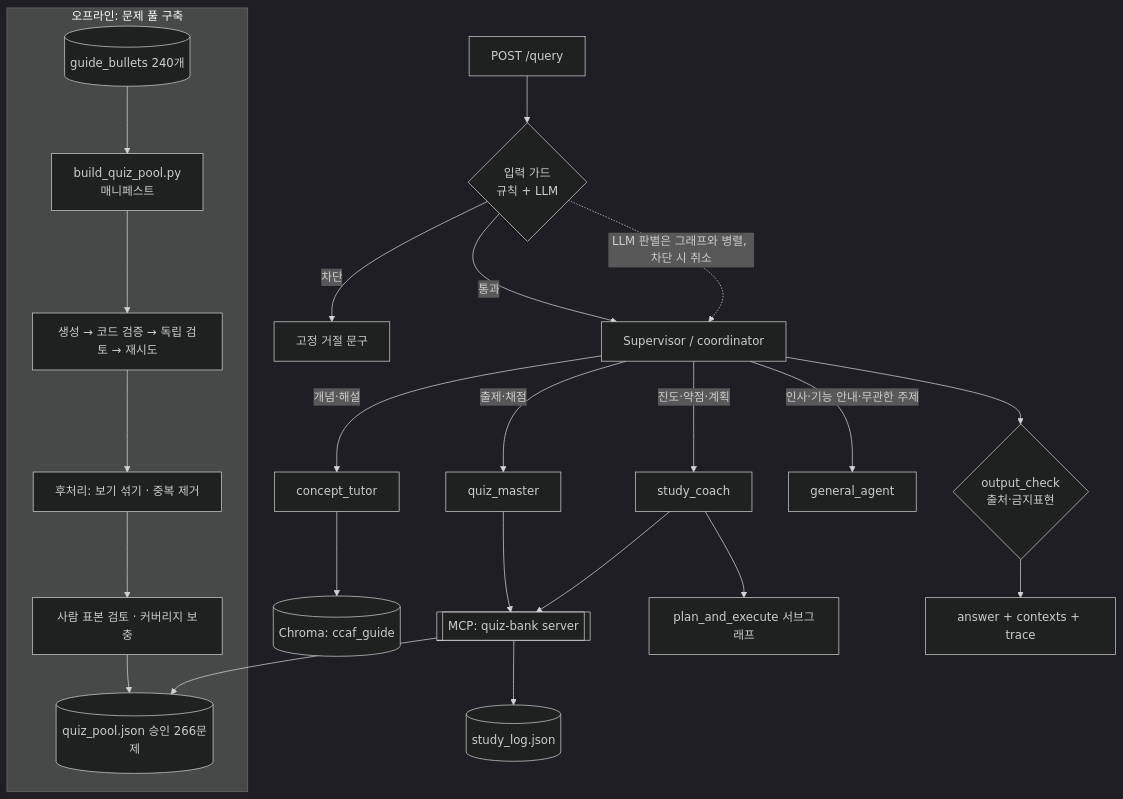
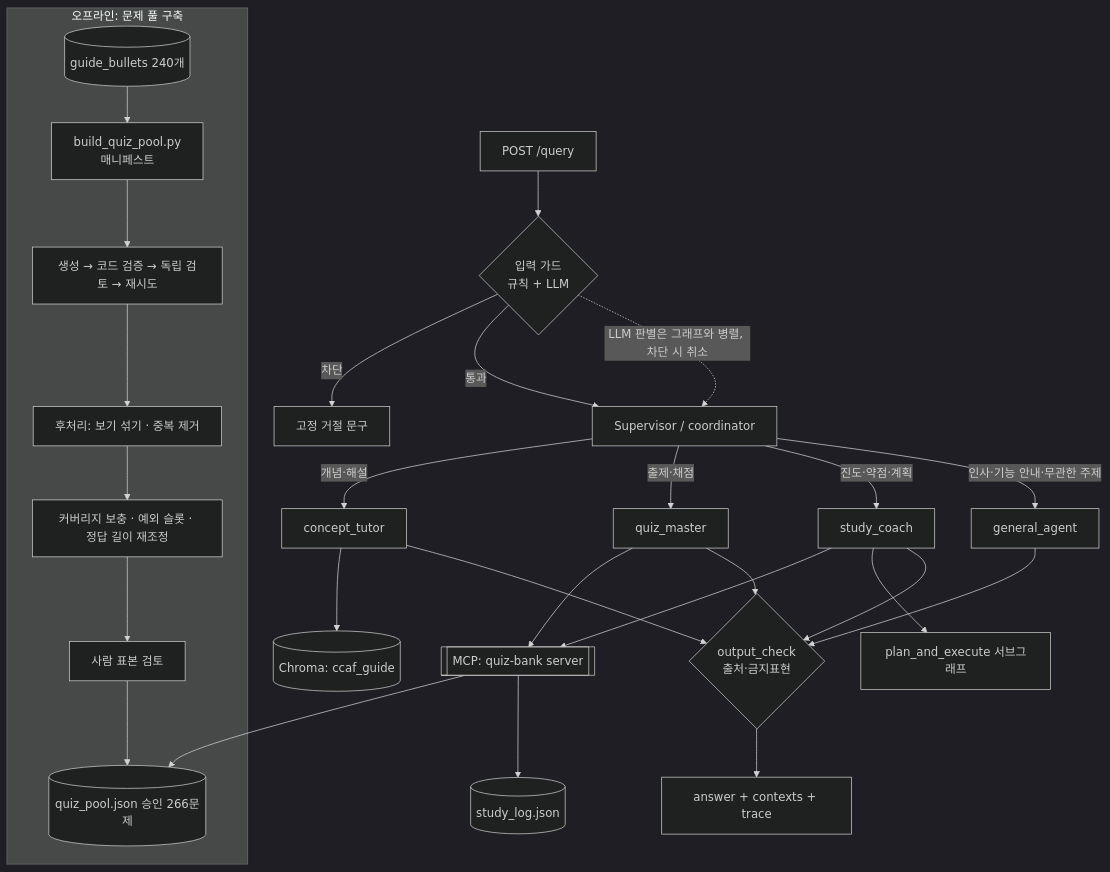
One commit to kainetic/ccaf-study-coach changed the diagram in docs/DESIGN.md. Above: the diagram before and after it, drawn with Mermaid (dark theme). The commit also changed other lines of this file and 5 other files, not shown here.

````diff
--- a/docs/DESIGN.md
+++ b/docs/DESIGN.md
@@ -115,26 +115,30 @@
 ```mermaid
 flowchart TD
     subgraph OFFLINE[오프라인: 문제 풀 구축]
         B0[(guide_bullets 240개)] --> B1[build_quiz_pool.py<br/>매니페스트]
         B1 --> B2[생성 → 코드 검증 → 독립 검토 → 재시도]
         B2 --> B3[후처리: 보기 섞기 · 중복 제거]
-        B3 --> B4[사람 표본 검토 · 커버리지 보충]
-        B4 --> QP[(quiz_pool.json 승인 266문제)]
+        B3 --> B4[커버리지 보충 · 예외 슬롯 · 정답 길이 재조정]
+        B4 --> B5[사람 표본 검토]
+        B5 --> QP[(quiz_pool.json 승인 266문제)]
     end
     U[POST /query] --> G{입력 가드<br/>규칙 + LLM}
     G -- 차단 --> R[고정 거절 문구]
     G -- 통과 --> S[Supervisor / coordinator]
     S -->|개념·해설| T[concept_tutor]
     S -->|출제·채점| Q[quiz_master]
     S -->|진도·약점·계획| C[study_coach]
     S -->|인사·기능 안내·무관한 주제| GA[general_agent]
     T --> V[(Chroma: ccaf_guide)]
     Q --> M[[MCP: quiz-bank server]]
     M --> QP
     M --> SL[(study_log.json)]
     C --> M
     C --> P[plan_and_execute 서브그래프]
-    S --> O{output_check<br/>출처·금지표현}
+    T --> O{output_check<br/>출처·금지표현}
+    Q --> O
+    C --> O
+    GA --> O
     G -. LLM 판별은 그래프와 병렬, 차단 시 취소 .-> S
     O --> A[answer + contexts + trace]
 ```
````
